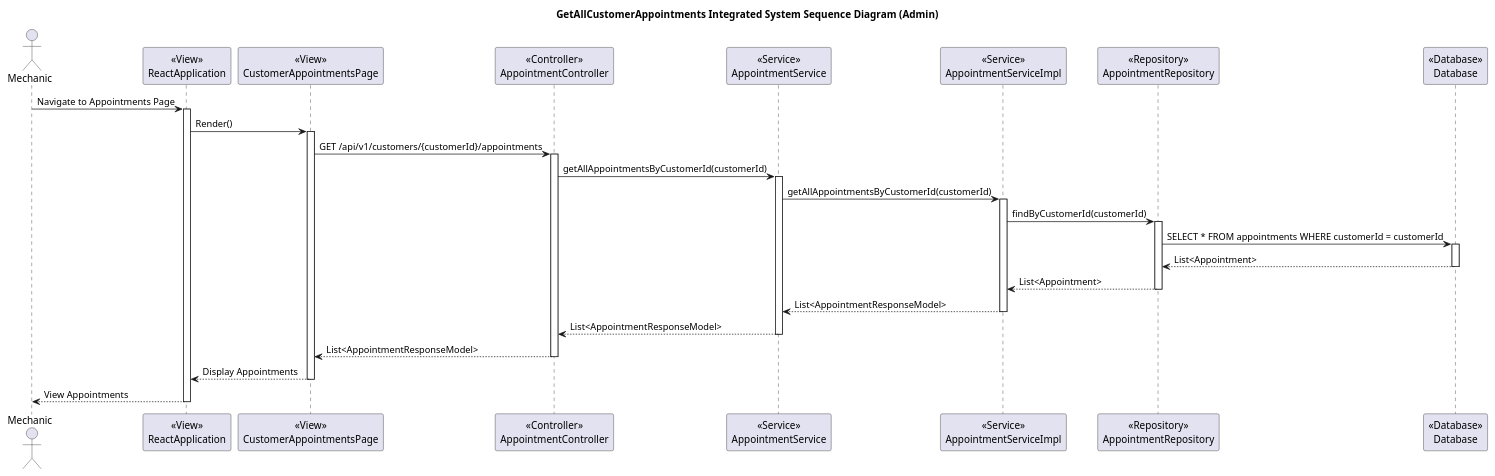
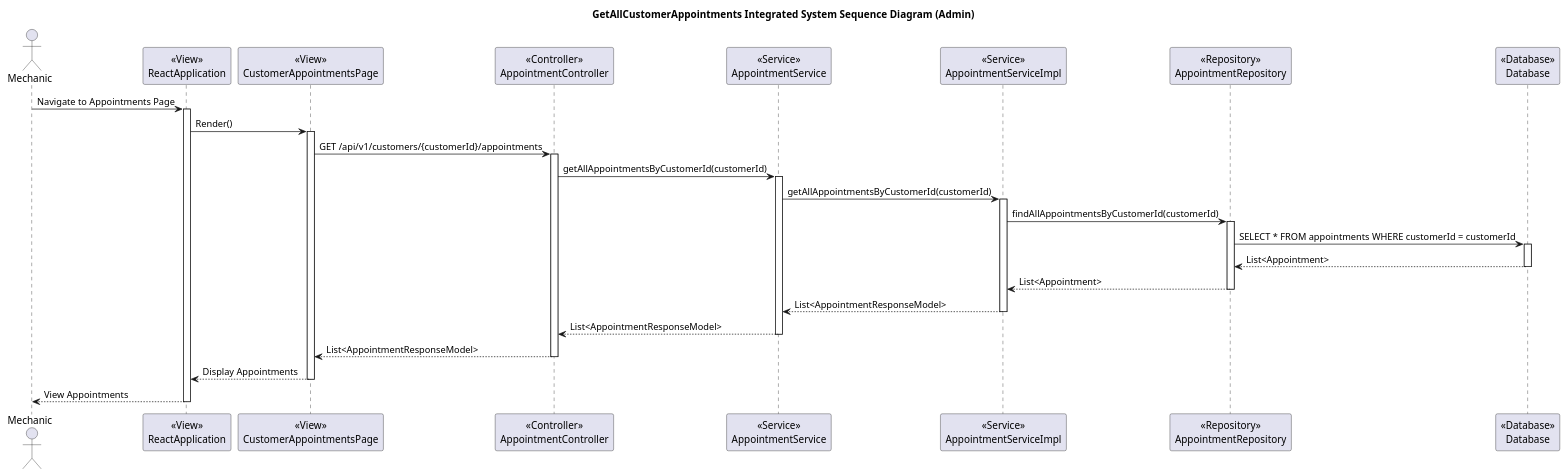
One commit to Iantomasi/ateliermecanique-ws changed the diagram in diagrams/1-mechanic/Appointments/GetAllAppointmentsByCustomerId/2-GetAllCustomerAppointmentsDesignLevelSequenceDiagram.puml. Above: the diagram before and after it, drawn with PlantUML. The commit also changed 52 other files, not shown here.

```diff
--- a/diagrams/1-mechanic/Appointments/GetAllAppointmentsByCustomerId/2-GetAllCustomerAppointmentsDesignLevelSequenceDiagram.puml
+++ b/diagrams/1-mechanic/Appointments/GetAllAppointmentsByCustomerId/2-GetAllCustomerAppointmentsDesignLevelSequenceDiagram.puml
@@ -1,56 +1,56 @@
 @startuml
 title GetAllCustomerAppointments Integrated System Sequence Diagram (Admin)
 
 actor Mechanic
 
 participant ReactApplication as "<<View>>\nReactApplication"
 participant CustomerAppointmentsPage as "<<View>>\nCustomerAppointmentsPage"
 participant AppointmentController as "<<Controller>>\nAppointmentController"
 participant AppointmentService as "<<Service>>\nAppointmentService"
 participant AppointmentServiceImpl as "<<Service>>\nAppointmentServiceImpl"
 participant AppointmentRepository as "<<Repository>>\nAppointmentRepository"
 participant Database as "<<Database>>\nDatabase"
 
 Mechanic -> ReactApplication: Navigate to Appointments Page
 activate ReactApplication
 
 ReactApplication -> CustomerAppointmentsPage: Render()
 activate CustomerAppointmentsPage
 
 CustomerAppointmentsPage -> AppointmentController: GET /api/v1/customers/{customerId}/appointments
 activate AppointmentController
 
 AppointmentController -> AppointmentService: getAllAppointmentsByCustomerId(customerId)
 activate AppointmentService
 
 AppointmentService -> AppointmentServiceImpl: getAllAppointmentsByCustomerId(customerId)
 activate AppointmentServiceImpl
 
-AppointmentServiceImpl -> AppointmentRepository: findByCustomerId(customerId)
+AppointmentServiceImpl -> AppointmentRepository: findAllAppointmentsByCustomerId(customerId)
 activate AppointmentRepository
 
 AppointmentRepository -> Database: SELECT * FROM appointments WHERE customerId = customerId
 activate Database
 
 Database --> AppointmentRepository: List<Appointment>
 deactivate Database
 
 AppointmentRepository --> AppointmentServiceImpl: List<Appointment>
 deactivate AppointmentRepository
 
 AppointmentServiceImpl --> AppointmentService: List<AppointmentResponseModel>
 deactivate AppointmentServiceImpl
 
 AppointmentService --> AppointmentController: List<AppointmentResponseModel>
 deactivate AppointmentService
 
 AppointmentController --> CustomerAppointmentsPage: List<AppointmentResponseModel>
 deactivate AppointmentController
 
 CustomerAppointmentsPage --> ReactApplication: Display Appointments
 deactivate CustomerAppointmentsPage
 
 ReactApplication --> Mechanic: View Appointments
 deactivate ReactApplication
 
 @enduml
```
